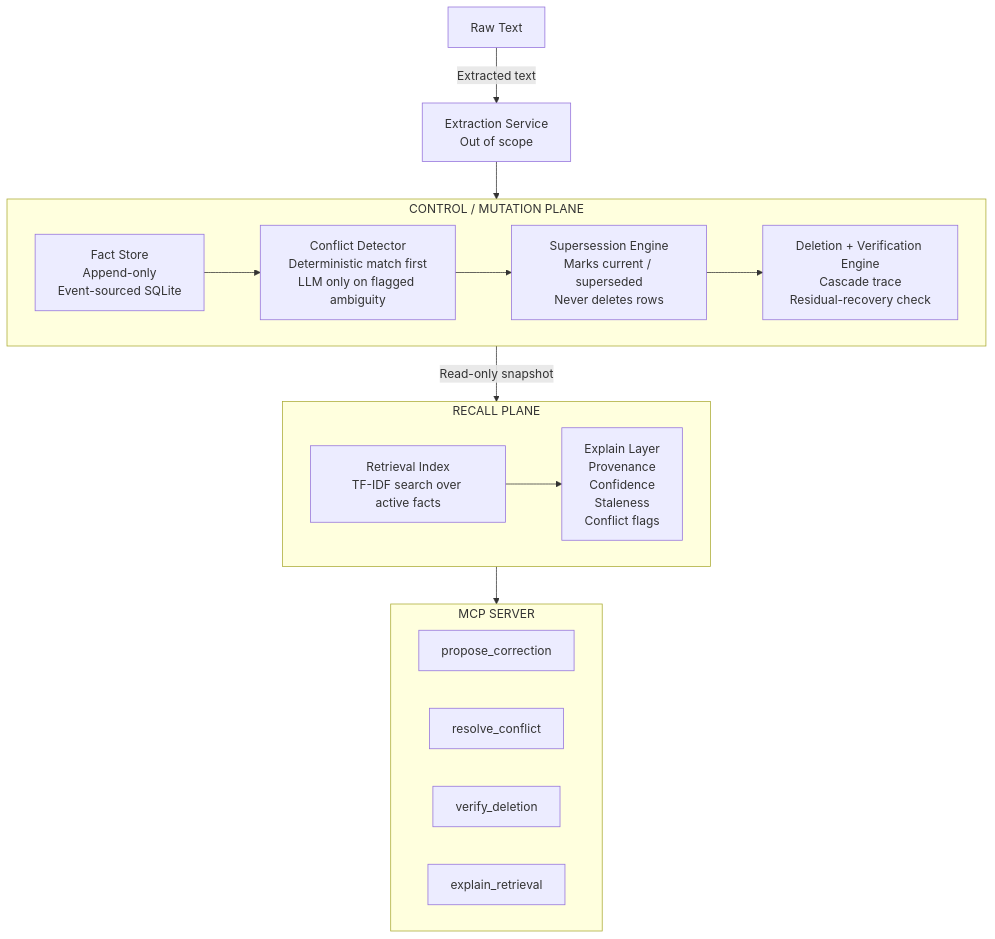
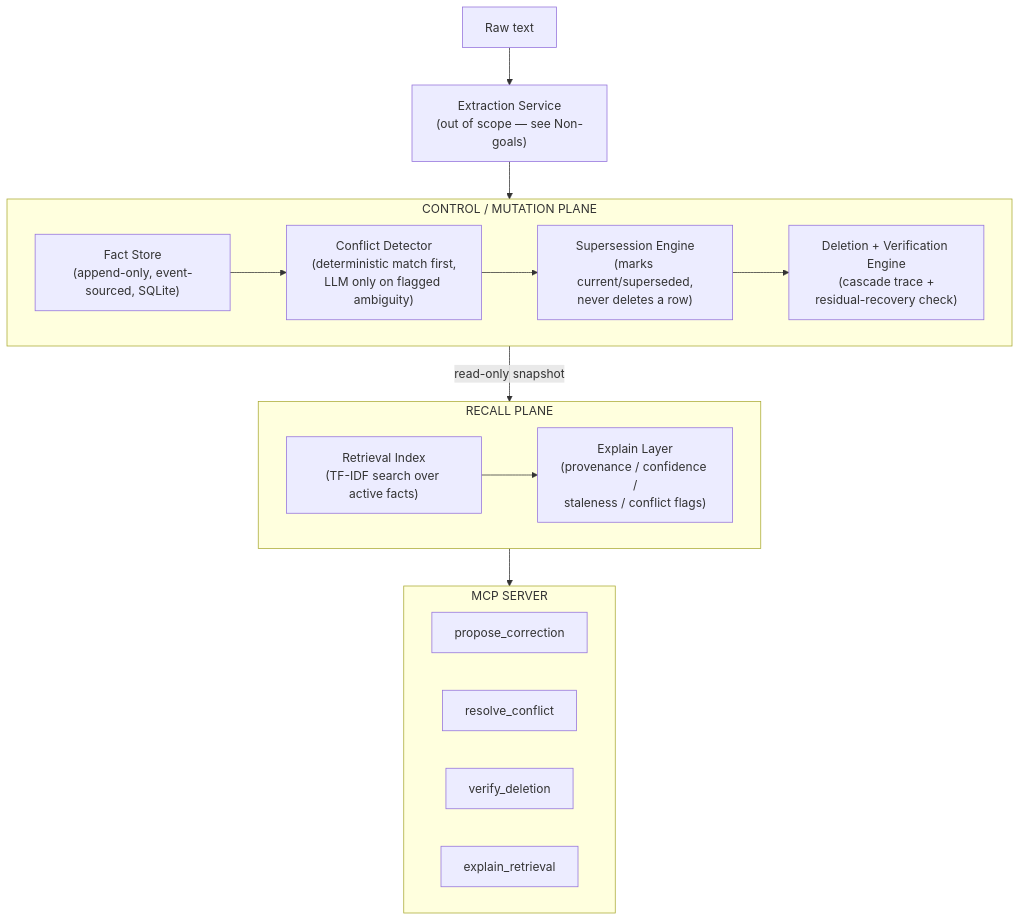
Before and after one commit to SIDDHARTH-PADIGAR/minimi_trust: the diagram in README.md, drawn with Mermaid. The commit also changed other lines of this file, not shown here.

````diff
--- a/README.md
+++ b/README.md
@@ -18,35 +17,35 @@
 ```mermaid
 flowchart TD
-    A[Raw Text] -->|Extracted text| B[Extraction Service<br/>Out of scope]
+    A["Raw text"] --> B["Extraction Service<br/>(out of scope — see Non-goals)"]
 
     B --> C
 
-    subgraph C[CONTROL / MUTATION PLANE]
-        C1[Fact Store<br/>Append-only<br/>Event-sourced SQLite]
-        C2[Conflict Detector<br/>Deterministic match first<br/>LLM only on flagged ambiguity]
-        C3[Supersession Engine<br/>Marks current / superseded<br/>Never deletes rows]
-        C4[Deletion + Verification Engine<br/>Cascade trace<br/>Residual-recovery check]
+    subgraph C["CONTROL / MUTATION PLANE"]
+        C1["Fact Store<br/>(append-only, event-sourced, SQLite)"]
+        C2["Conflict Detector<br/>(deterministic match first,<br/>LLM only on flagged ambiguity)"]
+        C3["Supersession Engine<br/>(marks current/superseded,<br/>never deletes a row)"]
+        C4["Deletion + Verification Engine<br/>(cascade trace +<br/>residual-recovery check)"]
 
         C1 --> C2
         C2 --> C3
         C3 --> C4
     end
 
-    C -->|Read-only snapshot| D
+    C -->|"read-only snapshot"| D
 
-    subgraph D[RECALL PLANE]
-        D1[Retrieval Index<br/>TF-IDF search over active facts]
-        D2[Explain Layer<br/>Provenance<br/>Confidence<br/>Staleness<br/>Conflict flags]
+    subgraph D["RECALL PLANE"]
+        D1["Retrieval Index<br/>(TF-IDF search over active facts)"]
+        D2["Explain Layer<br/>(provenance / confidence /<br/>staleness / conflict flags)"]
 
         D1 --> D2
     end
 
     D --> E
 
-    subgraph E[MCP SERVER]
-        E1[propose_correction]
-        E2[resolve_conflict]
-        E3[verify_deletion]
-        E4[explain_retrieval]
+    subgraph E["MCP SERVER"]
+        E1["propose_correction"]
+        E2["resolve_conflict"]
+        E3["verify_deletion"]
+        E4["explain_retrieval"]
     end
 ```
````
